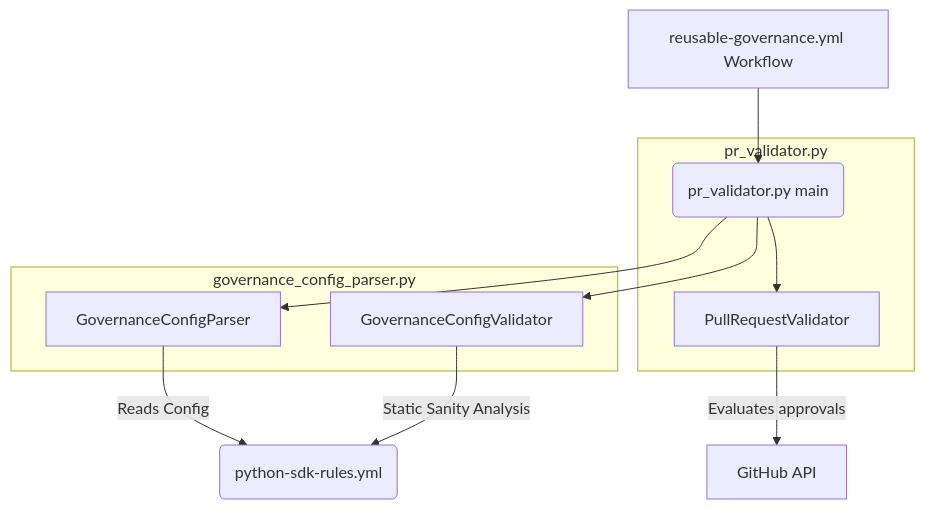
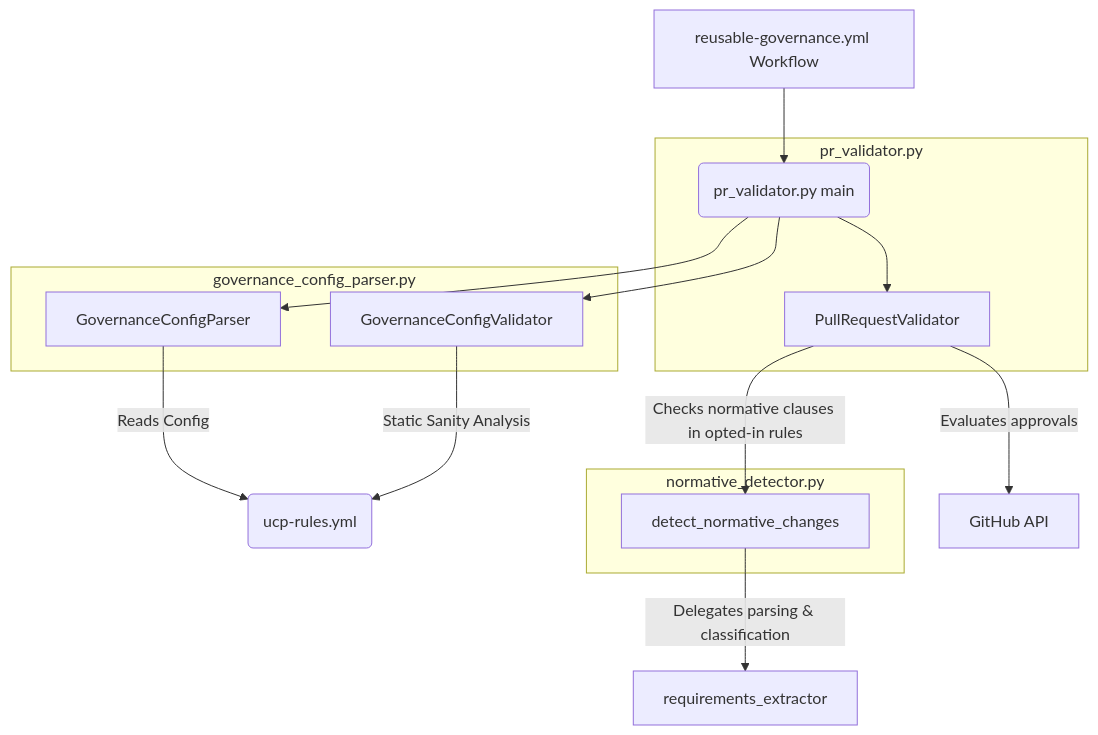
Before and after one commit to Universal-Commerce-Protocol/.github: the diagram in org-tools/governance/README.md, drawn with Mermaid. The commit also changed other lines of this file and 14 other files, not shown here.

First line of the commit message:
feat(governance): escalate normative RFC 2119 clause changes in ucp to technical council review (#81)

````diff
--- a/org-tools/governance/README.md
+++ b/org-tools/governance/README.md
@@ -11,18 +11,24 @@
 ```mermaid
 graph TD
     A[reusable-governance.yml Workflow] --> B(pr_validator.py main)
     subgraph pr_validator.py
         B
         E[PullRequestValidator]
     end
     subgraph governance_config_parser.py
         C[GovernanceConfigParser]
         D[GovernanceConfigValidator]
     end
+    subgraph normative_detector.py
+        H[detect_normative_changes]
+    end
+    I[requirements_extractor]
     B --> C
     B --> D
     B --> E
-    C -->|Reads Config| F(python-sdk-rules.yml)
+    C -->|Reads Config| F(ucp-rules.yml)
     D -->|Static Sanity Analysis| F
+    E -->|Checks normative clauses in opted-in rules| H
+    H -->|Delegates parsing & classification| I
     E -->|Evaluates approvals| G[GitHub API]
 ```
````
